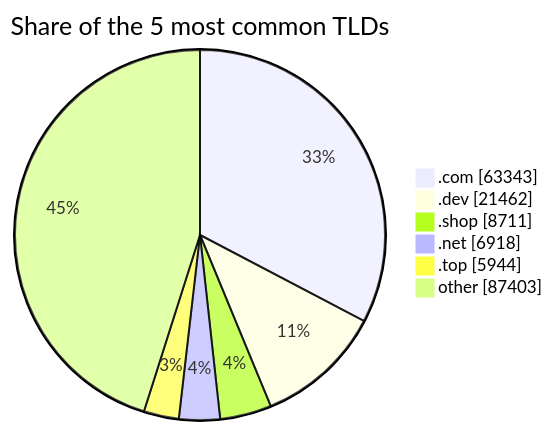
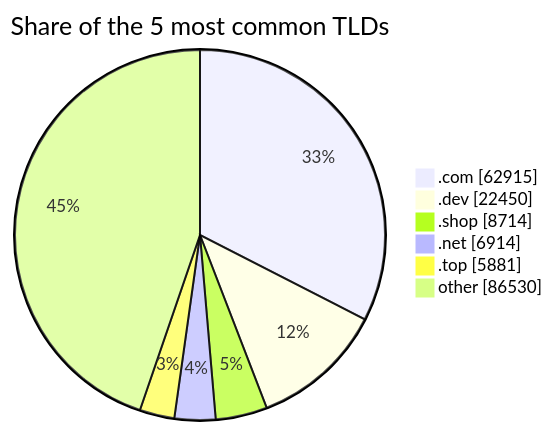
Before and after one commit to DNSBunker/CTI: the third of 3 diagrams in README.md, drawn with Mermaid. The commit also changed other lines of this file and 3 other files, not shown here.

````diff
--- a/README.md
+++ b/README.md
@@ -81,9 +81,9 @@
 ```mermaid
 pie showData title Share of the 5 most common TLDs
-    ".com" : 63343
-    ".dev" : 21462
-    ".shop" : 8711
-    ".net" : 6918
-    ".top" : 5944
-    "other" : 87403
+    ".com" : 62915
+    ".dev" : 22450
+    ".shop" : 8714
+    ".net" : 6914
+    ".top" : 5881
+    "other" : 86530
 ```
````
